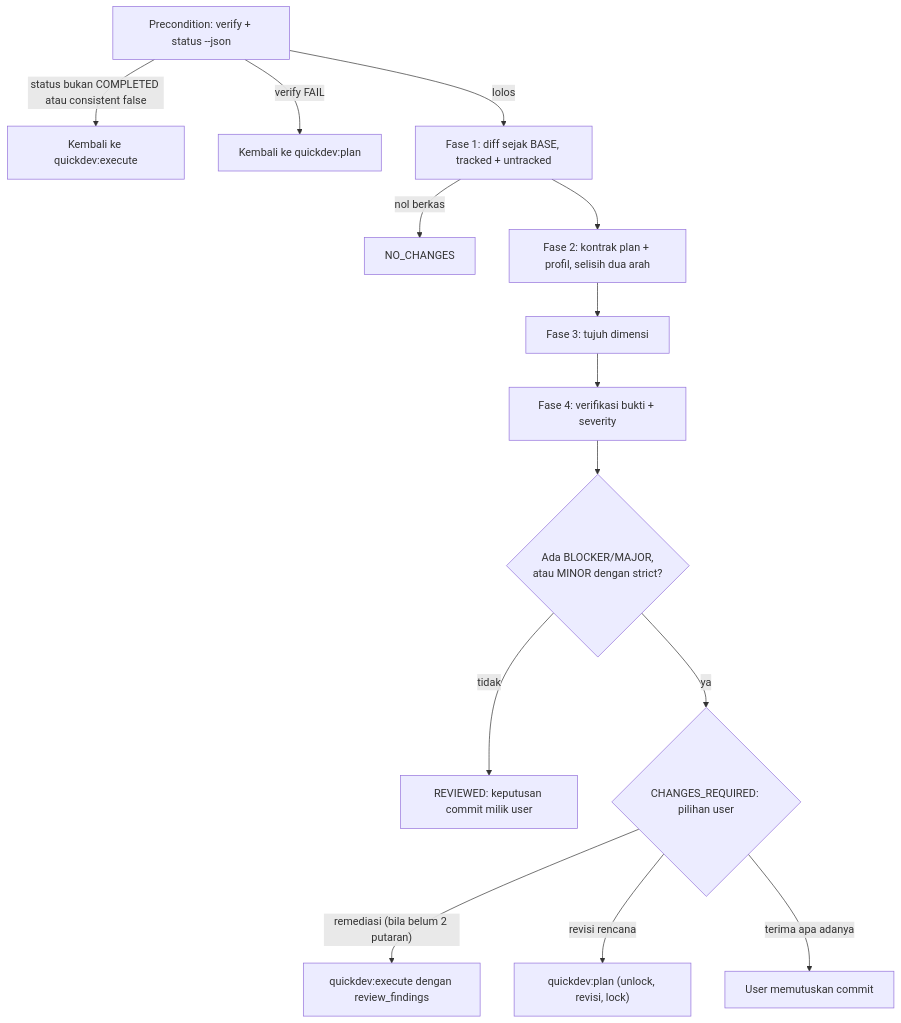
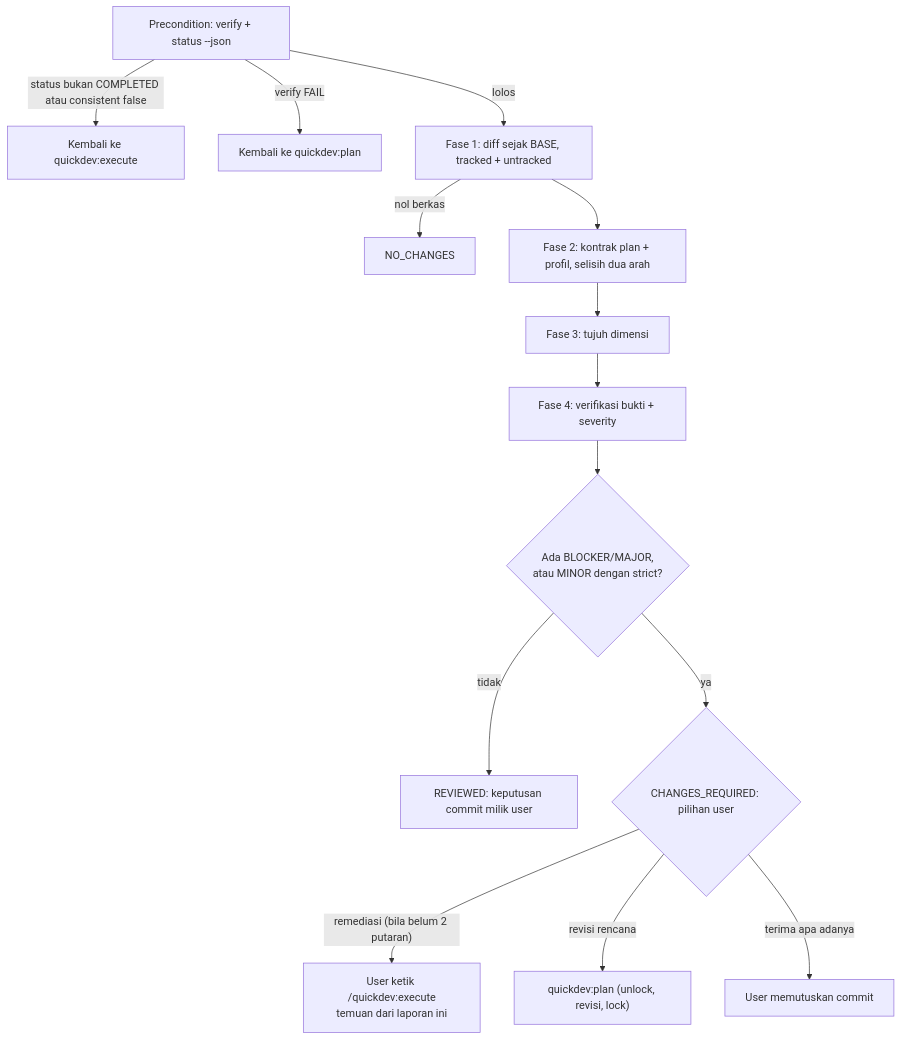
One commit to nataflow/agentic-workflow changed the fourth of 6 diagrams in flow/quickdev.md. Above: the diagram before and after it, drawn with Mermaid. The commit also changed other lines of this file and 13 other files, not shown here.

````diff
--- a/flow/quickdev.md
+++ b/flow/quickdev.md
@@ -309,16 +314,16 @@
 ```mermaid
 flowchart TD
     R0["Precondition: verify + status --json"] -->|"status bukan COMPLETED atau consistent false"| BK["Kembali ke quickdev:execute"]
     R0 -->|"verify FAIL"| BP["Kembali ke quickdev:plan"]
     R0 -->|lolos| R1["Fase 1: diff sejak BASE, tracked + untracked"]
     R1 -->|"nol berkas"| NC["NO_CHANGES"]
     R1 --> R2["Fase 2: kontrak plan + profil, selisih dua arah"]
     R2 --> R3["Fase 3: tujuh dimensi"]
     R3 --> R4["Fase 4: verifikasi bukti + severity"]
     R4 --> R5{"Ada BLOCKER/MAJOR,<br/>atau MINOR dengan strict?"}
     R5 -->|tidak| RV["REVIEWED: keputusan commit milik user"]
     R5 -->|ya| CR{"CHANGES_REQUIRED: pilihan user"}
-    CR -->|"remediasi (bila belum 2 putaran)"| EXE["quickdev:execute dengan review_findings"]
+    CR -->|"remediasi (bila belum 2 putaran)"| EXE["User ketik /quickdev:execute<br/>temuan dari laporan ini"]
     CR -->|"revisi rencana"| PL["quickdev:plan (unlock, revisi, lock)"]
     CR -->|"terima apa adanya"| US["User memutuskan commit"]
 ```
````
